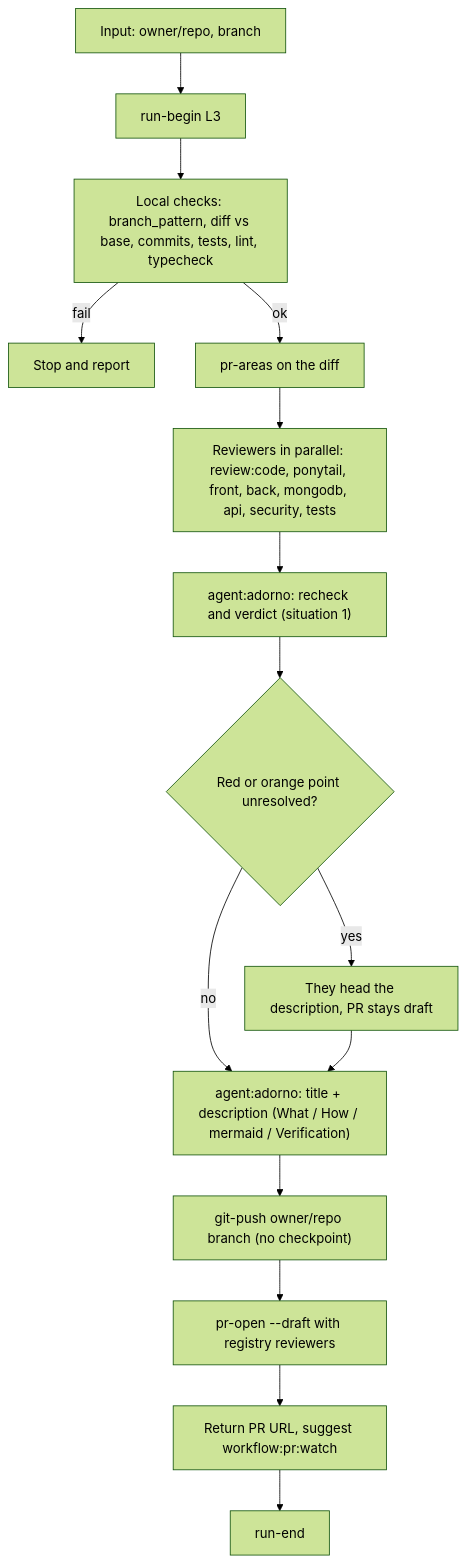
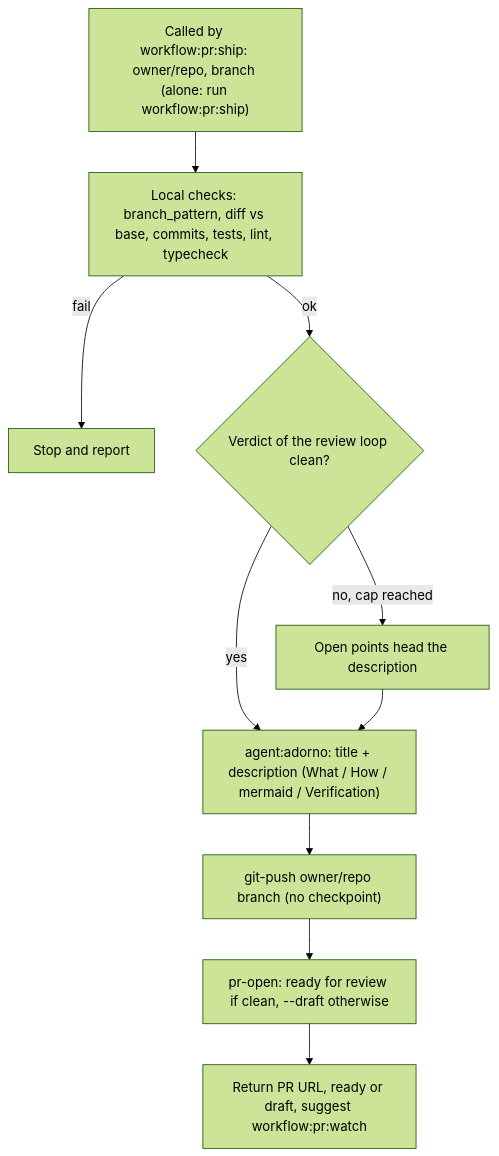
The second of 6 diagrams in src/workflows/pr/SCHEMA.md (nicolasmondain/adorno), drawn with Mermaid (forest theme) before and after one commit. The commit also changed other lines of this file and 35 other files, not shown here.

First line of the commit message:
feat(workflows): fix every 🔴/🟠 in the flow, then open the PR ready for review

````diff
--- a/src/workflows/pr/SCHEMA.md
+++ b/src/workflows/pr/SCHEMA.md
@@ -26,17 +26,12 @@
 ```mermaid
 flowchart TD
-  A["Input: owner/repo, branch"] --> B["run-begin L3"]
-  B --> C["Local checks: branch_pattern, diff vs base, commits, tests, lint, typecheck"]
+  A["Called by workflow:pr:ship: owner/repo, branch (alone: run workflow:pr:ship)"] --> C["Local checks: branch_pattern, diff vs base, commits, tests, lint, typecheck"]
   C -->|"fail"| X["Stop and report"]
-  C -->|"ok"| D["pr-areas on the diff"]
-  D --> E["Reviewers in parallel: review:code, ponytail, front, back, mongodb, api, security, tests"]
-  E --> F["agent:adorno: recheck and verdict (situation 1)"]
-  F --> G{"Red or orange point unresolved?"}
-  G -->|"yes"| GH["They head the description, PR stays draft"]
-  G -->|"no"| H["agent:adorno: title + description (What / How / mermaid / Verification)"]
+  C -->|"ok"| G{"Verdict of the review loop clean?"}
+  G -->|"yes"| H["agent:adorno: title + description (What / How / mermaid / Verification)"]
+  G -->|"no, cap reached"| GH["Open points head the description"]
   GH --> H
   H --> K["git-push owner/repo branch (no checkpoint)"]
-  K --> L["pr-open --draft with registry reviewers"]
-  L --> M["Return PR URL, suggest workflow:pr:watch"]
-  M --> N["run-end"]
+  K --> L["pr-open: ready for review if clean, --draft otherwise"]
+  L --> M["Return PR URL, ready or draft, suggest workflow:pr:watch"]
 ```
````
